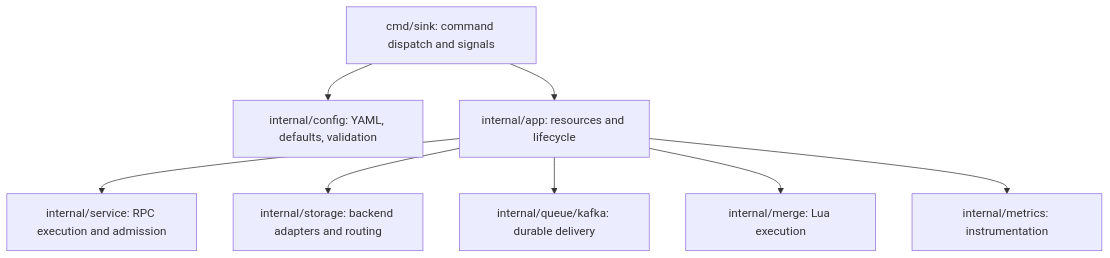
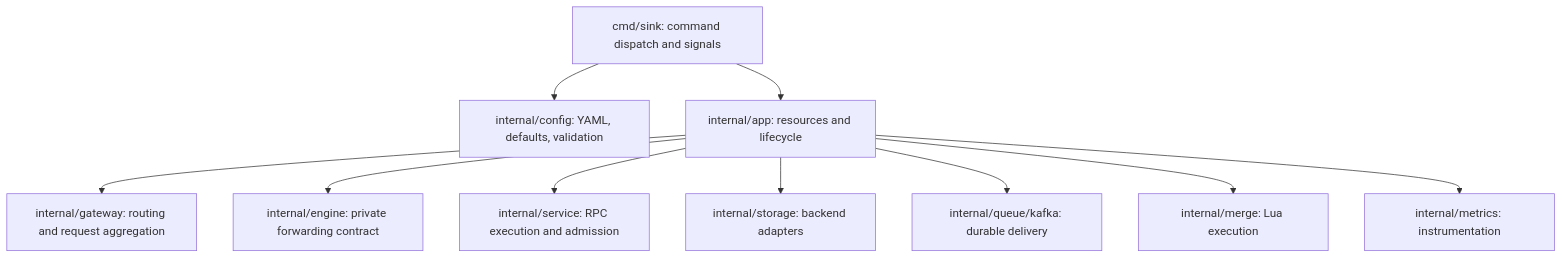
Before and after one commit to batchstream/sink: the diagram in docs/architecture.md, drawn with Mermaid. The commit also changed other lines of this file and 40 other files, not shown here.

````diff
--- a/docs/architecture.md
+++ b/docs/architecture.md
@@ -12,10 +22,12 @@
 ```mermaid
 flowchart TD
     CLI[cmd/sink: command dispatch and signals] --> Config[internal/config: YAML, defaults, validation]
     CLI --> App[internal/app: resources and lifecycle]
+    App --> Gateway[internal/gateway: routing and request aggregation]
+    App --> Forward[internal/engine: private forwarding contract]
     App --> Service[internal/service: RPC execution and admission]
-    App --> Storage[internal/storage: backend adapters and routing]
+    App --> Storage[internal/storage: backend adapters]
     App --> Kafka[internal/queue/kafka: durable delivery]
     App --> Merge[internal/merge: Lua execution]
     App --> Metrics[internal/metrics: instrumentation]
 ```
````
